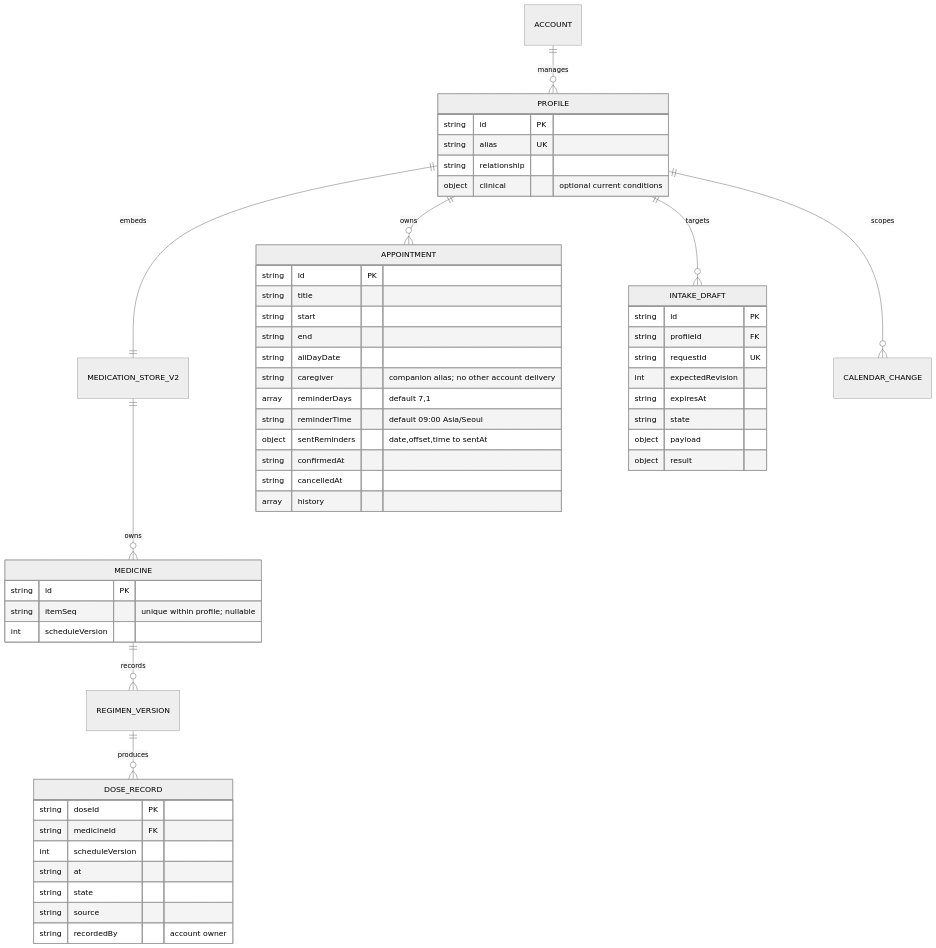
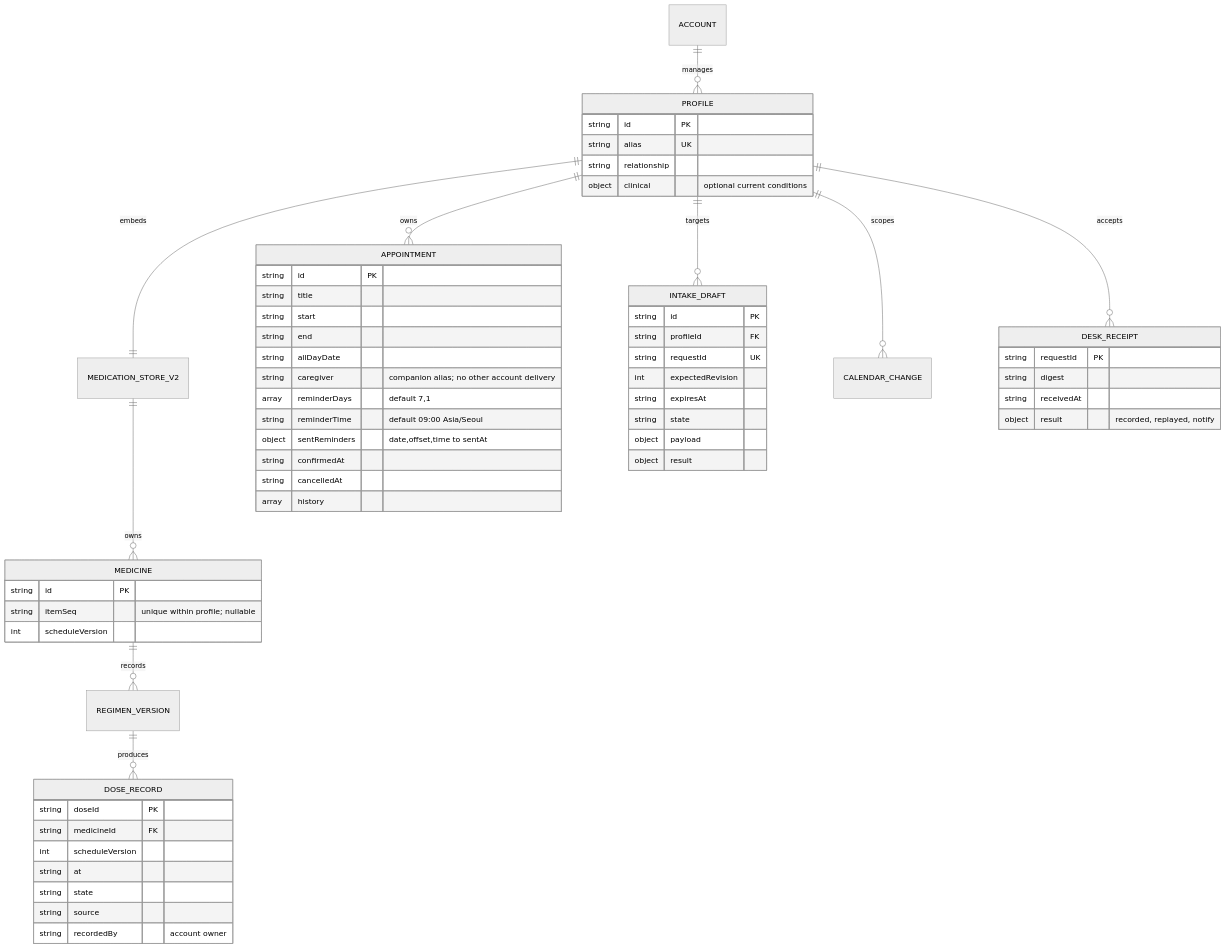
The diagram in docs/05-erd/family-v3.md (kodonghui/nunmul-grokgrok), drawn with Mermaid (neutral theme) before and after one commit. The commit also changed other lines of this file and 8 other files, not shown here.

````diff
--- a/docs/05-erd/family-v3.md
+++ b/docs/05-erd/family-v3.md
@@ -5,55 +5,62 @@
 ```mermaid
 erDiagram
     ACCOUNT ||--o{ PROFILE : manages
     PROFILE ||--|| MEDICATION_STORE_V2 : embeds
     MEDICATION_STORE_V2 ||--o{ MEDICINE : owns
     MEDICINE ||--o{ REGIMEN_VERSION : records
     REGIMEN_VERSION ||--o{ DOSE_RECORD : produces
     PROFILE ||--o{ APPOINTMENT : owns
     PROFILE ||--o{ INTAKE_DRAFT : targets
     PROFILE ||--o{ CALENDAR_CHANGE : scopes
+    PROFILE ||--o{ DESK_RECEIPT : accepts
     PROFILE {
         string id PK
         string alias UK
         string relationship
         object clinical "optional current conditions"
     }
     MEDICINE {
         string id PK
         string itemSeq "unique within profile; nullable"
         int scheduleVersion
     }
     DOSE_RECORD {
         string doseId PK
         string medicineId FK
         int scheduleVersion
         string at
         string state
         string source
         string recordedBy "account owner"
     }
     APPOINTMENT {
         string id PK
         string title
         string start
         string end
         string allDayDate
         string caregiver "companion alias; no other account delivery"
         array reminderDays "default 7,1"
         string reminderTime "default 09:00 Asia/Seoul"
         object sentReminders "date,offset,time to sentAt"
         string confirmedAt
         string cancelledAt
         array history
     }
     INTAKE_DRAFT {
         string id PK
         string profileId FK
         string requestId UK
         int expectedRevision
         string expiresAt
         string state
         object payload
         object result
     }
+    DESK_RECEIPT {
+        string requestId PK
+        string digest
+        string receivedAt
+        object result "recorded, replayed, notify"
+    }
 ```
````
